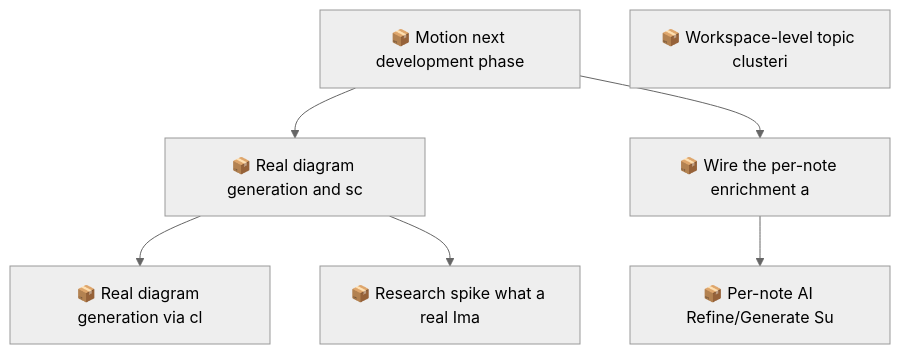
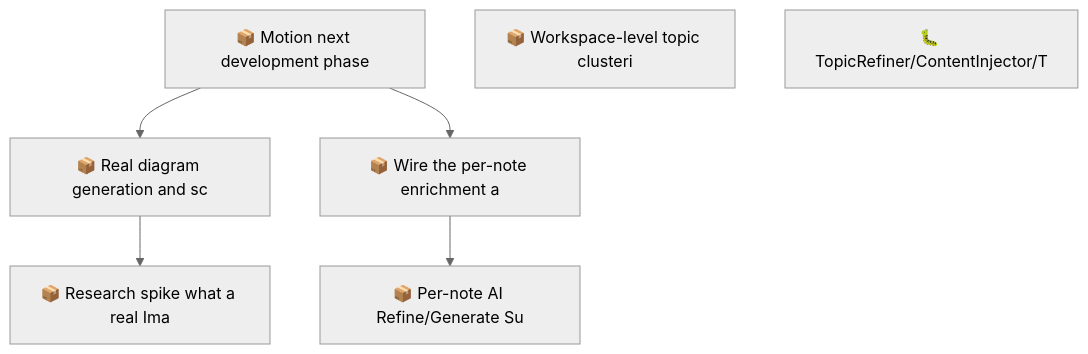
One commit to SpillwaveSolutions/motion changed the second of 2 diagrams in docs/roadmap.md. Above: the diagram before and after it, drawn with Mermaid (neutral theme). The commit also changed other lines of this file and 26 other files, not shown here.

````diff
--- a/docs/roadmap.md
+++ b/docs/roadmap.md
@@ -63,15 +73,14 @@
 ```mermaid
 graph TD
     01KYFZ6RBHABFSC9K9NJ90168Q["📦 Motion next development phase"]
     01KYFZ6RBJ5718M3GQPAB76RHS["📦 Real diagram generation and sc"]
-    01KYFZ6RBJCWMMF7THJZFB6943["📦 Real diagram generation via cl"]
     01KYFZ6RBJEYPZ9RX0F86490TM["📦 Research spike what a real Ima"]
     01KYFZ6RBJV920SFW0MAN9MX9J["📦 Wire the per-note enrichment a"]
     01KYFZ6RBJZNYDT9AK2V0RA11T["📦 Per-note AI Refine/Generate Su"]
     01KYFZ8RGR06XBSG9CH4TEWYJY["📦 Workspace-level topic clusteri"]
+    01KYJW5XJ5HTG7ESZ7DDDS8W0C["🐛 TopicRefiner/ContentInjector/T"]
     01KYFZ6RBHABFSC9K9NJ90168Q --> 01KYFZ6RBJ5718M3GQPAB76RHS
-    01KYFZ6RBJ5718M3GQPAB76RHS --> 01KYFZ6RBJCWMMF7THJZFB6943
     01KYFZ6RBJ5718M3GQPAB76RHS --> 01KYFZ6RBJEYPZ9RX0F86490TM
     01KYFZ6RBHABFSC9K9NJ90168Q --> 01KYFZ6RBJV920SFW0MAN9MX9J
     01KYFZ6RBJV920SFW0MAN9MX9J --> 01KYFZ6RBJZNYDT9AK2V0RA11T
 ```
````
